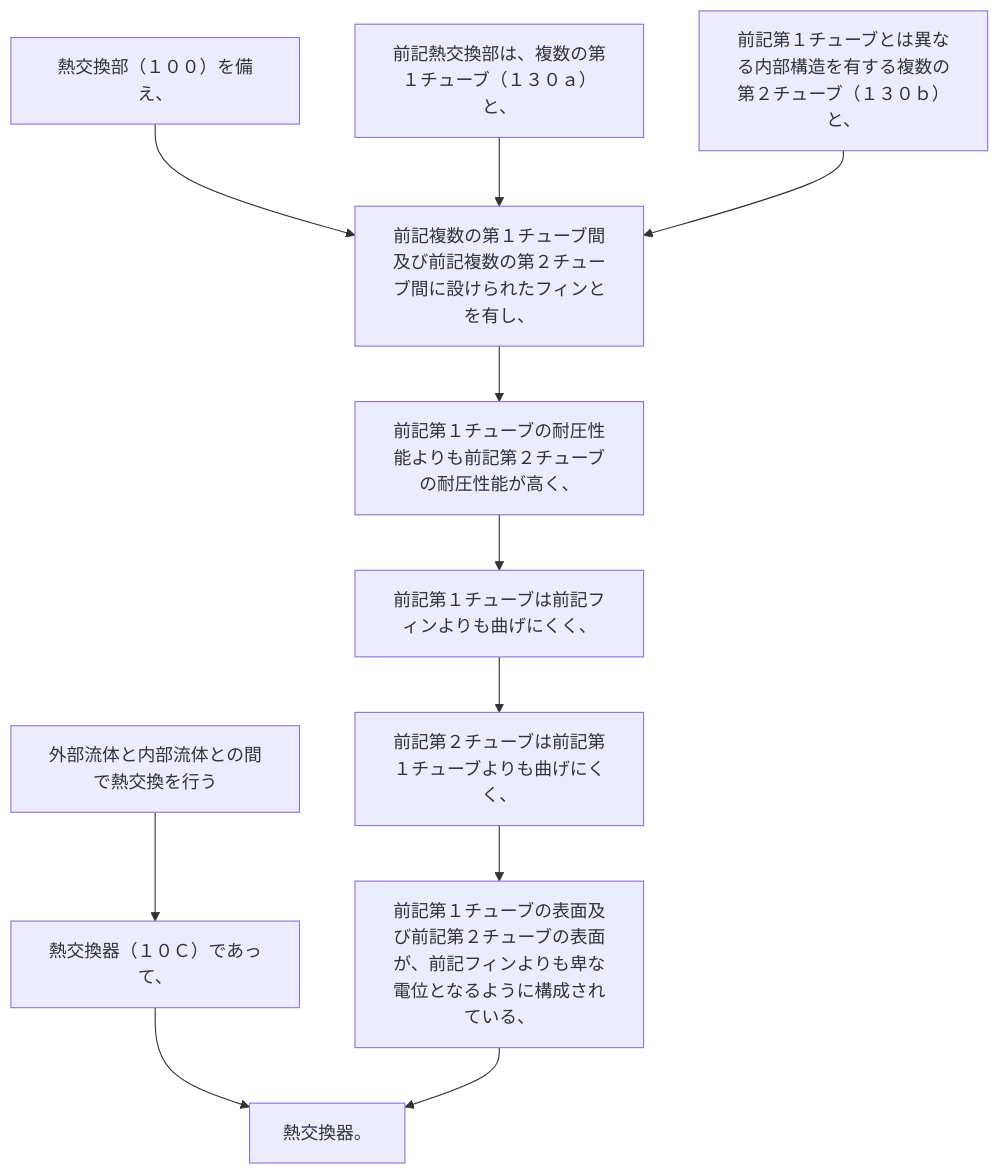
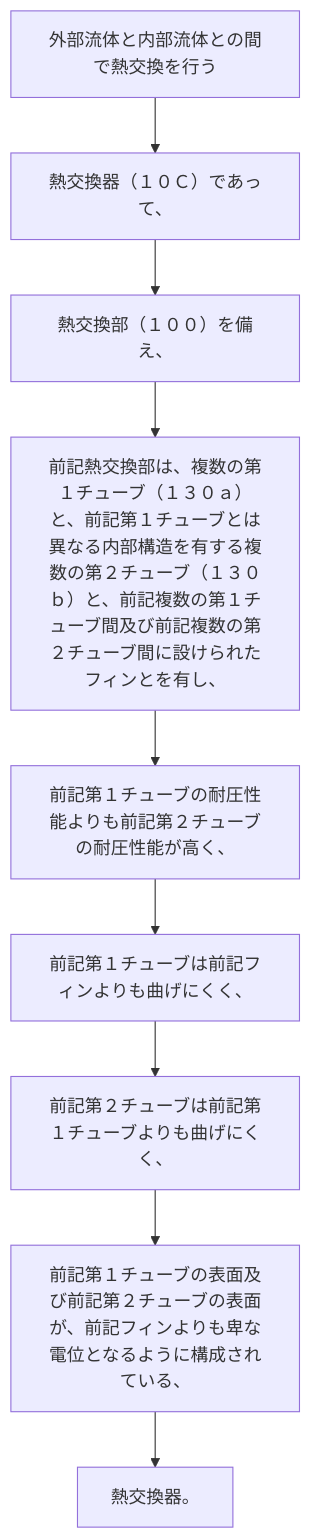
The diagram in 2024/JP2024007944A/claim_9/README.md (shinmori55/patent_analyzed), drawn with Mermaid before and after one commit. The commit also changed 11 other files, not shown here.

````diff
--- a/2024/JP2024007944A/claim_9/README.md
+++ b/2024/JP2024007944A/claim_9/README.md
@@ -7,24 +7,20 @@
 ```mermaid
 flowchart TD
 A[外部流体と内部流体との間で熱交換を行う]
 B[熱交換器（１０Ｃ）であって、]
 C[熱交換部（１００）を備え、]
-D[前記熱交換部は、複数の第１チューブ（１３０ａ）と、]
-E[前記第１チューブとは異なる内部構造を有する複数の第２チューブ（１３０ｂ）と、]
-F[前記複数の第１チューブ間及び前記複数の第２チューブ間に設けられたフィンとを有し、]
-G[前記第１チューブの耐圧性能よりも前記第２チューブの耐圧性能が高く、]
-H[前記第１チューブは前記フィンよりも曲げにくく、]
-I[前記第２チューブは前記第１チューブよりも曲げにくく、]
-J[前記第１チューブの表面及び前記第２チューブの表面が、前記フィンよりも卑な電位となるように構成されている、]
-K[熱交換器。]
+D[前記熱交換部は、複数の第１チューブ（１３０ａ）と、前記第１チューブとは異なる内部構造を有する複数の第２チューブ（１３０ｂ）と、前記複数の第１チューブ間及び前記複数の第２チューブ間に設けられたフィンとを有し、]
+E[前記第１チューブの耐圧性能よりも前記第２チューブの耐圧性能が高く、]
+F[前記第１チューブは前記フィンよりも曲げにくく、]
+G[前記第２チューブは前記第１チューブよりも曲げにくく、]
+H[前記第１チューブの表面及び前記第２チューブの表面が、前記フィンよりも卑な電位となるように構成されている、]
+I[熱交換器。]
 A --> B
-B --> K
-C --> F
-D --> F
+B --> C
+C --> D
+D --> E
 E --> F
 F --> G
 G --> H
 H --> I
-I --> J
-J --> K
 ```
````
